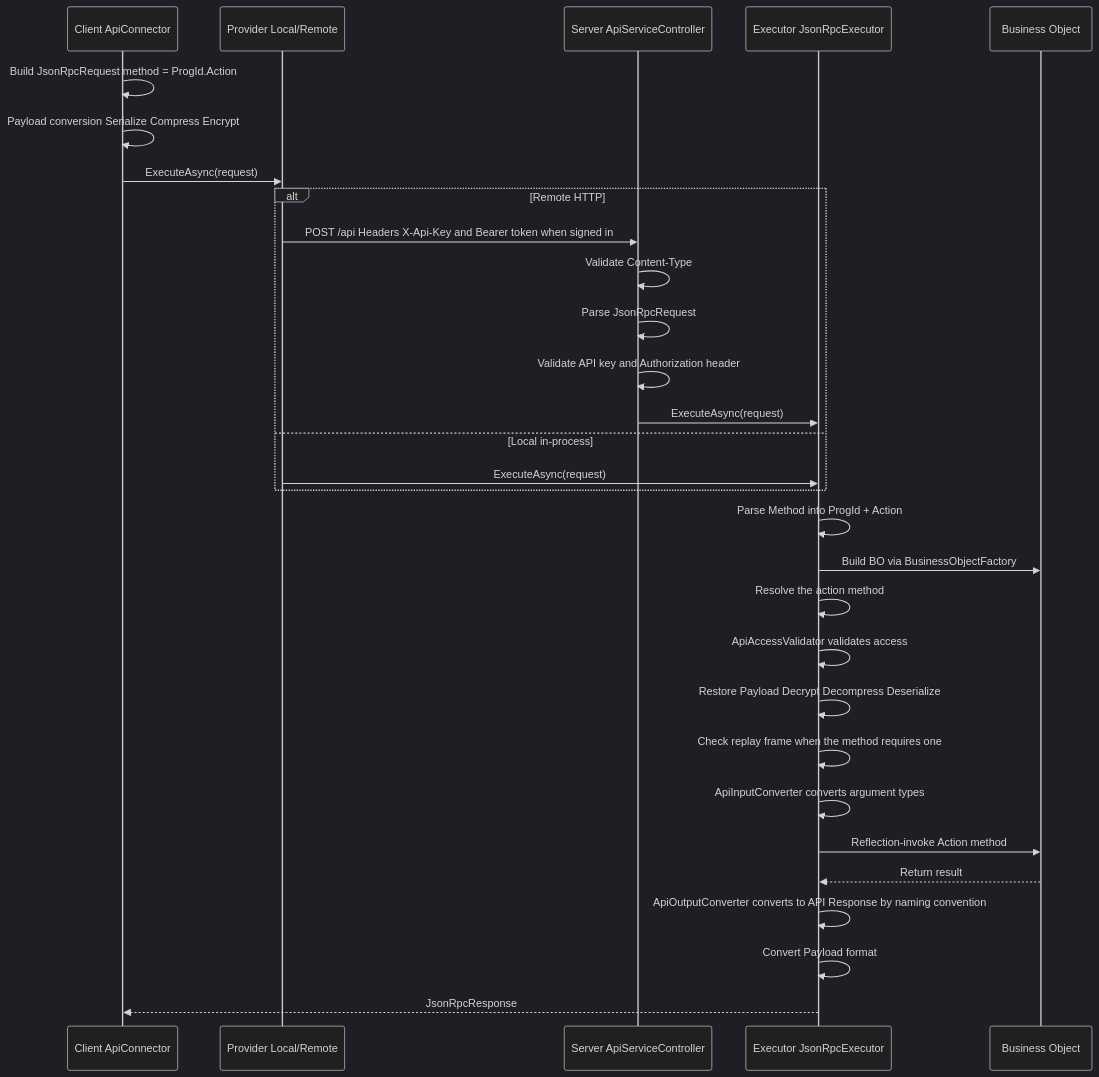
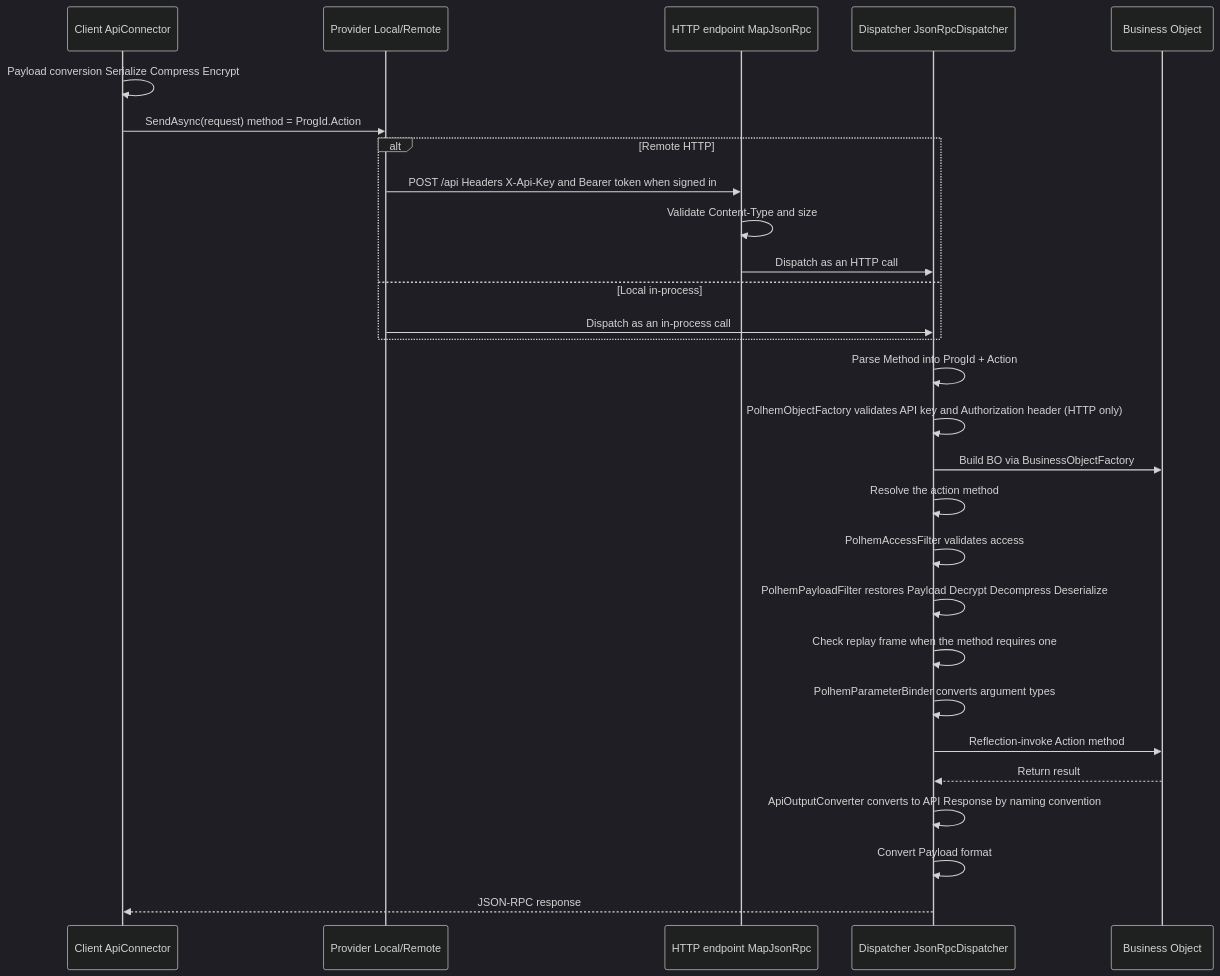
The diagram in docs/en/guides/development-cookbook.md (polhem-dev/polhem), drawn with Mermaid (dark theme) before and after one commit. The commit also changed other lines of this file and 195 other files, not shown here.

First line of the commit message:
Run JSON-RPC on the Polhem.JsonRpc packages for 1.2.0 [all-db] (#46)

````diff
--- a/docs/en/guides/development-cookbook.md
+++ b/docs/en/guides/development-cookbook.md
@@ -82,35 +82,33 @@
 ```mermaid
 sequenceDiagram
     participant C as Client ApiConnector
     participant P as Provider Local/Remote
-    participant S as Server ApiServiceController
-    participant E as Executor JsonRpcExecutor
+    participant H as HTTP endpoint MapJsonRpc
+    participant D as Dispatcher JsonRpcDispatcher
     participant B as Business Object
 
-    C->>C: Build JsonRpcRequest method = ProgId.Action
     C->>C: Payload conversion Serialize Compress Encrypt
-    C->>P: ExecuteAsync(request)
+    C->>P: SendAsync(request) method = ProgId.Action
 
     alt Remote HTTP
-        P->>S: POST /api Headers X-Api-Key and Bearer token when signed in
-        S->>S: Validate Content-Type
-        S->>S: Parse JsonRpcRequest
-        S->>S: Validate API key and Authorization header
-        S->>E: ExecuteAsync(request)
+        P->>H: POST /api Headers X-Api-Key and Bearer token when signed in
+        H->>H: Validate Content-Type and size
+        H->>D: Dispatch as an HTTP call
     else Local in-process
-        P->>E: ExecuteAsync(request)
+        P->>D: Dispatch as an in-process call
     end
 
-    E->>E: Parse Method into ProgId + Action
-    E->>B: Build BO via BusinessObjectFactory
-    E->>E: Resolve the action method
-    E->>E: ApiAccessValidator validates access
-    E->>E: Restore Payload Decrypt Decompress Deserialize
-    E->>E: Check replay frame when the method requires one
-    E->>E: ApiInputConverter converts argument types
-    E->>B: Reflection-invoke Action method
-    B-->>E: Return result
-    E->>E: ApiOutputConverter converts to API Response by naming convention
-    E->>E: Convert Payload format
-    E-->>C: JsonRpcResponse
+    D->>D: Parse Method into ProgId + Action
+    D->>D: PolhemObjectFactory validates API key and Authorization header (HTTP only)
+    D->>B: Build BO via BusinessObjectFactory
+    D->>D: Resolve the action method
+    D->>D: PolhemAccessFilter validates access
+    D->>D: PolhemPayloadFilter restores Payload Decrypt Decompress Deserialize
+    D->>D: Check replay frame when the method requires one
+    D->>D: PolhemParameterBinder converts argument types
+    D->>B: Reflection-invoke Action method
+    B-->>D: Return result
+    D->>D: ApiOutputConverter converts to API Response by naming convention
+    D->>D: Convert Payload format
+    D-->>C: JSON-RPC response
 ```
````
